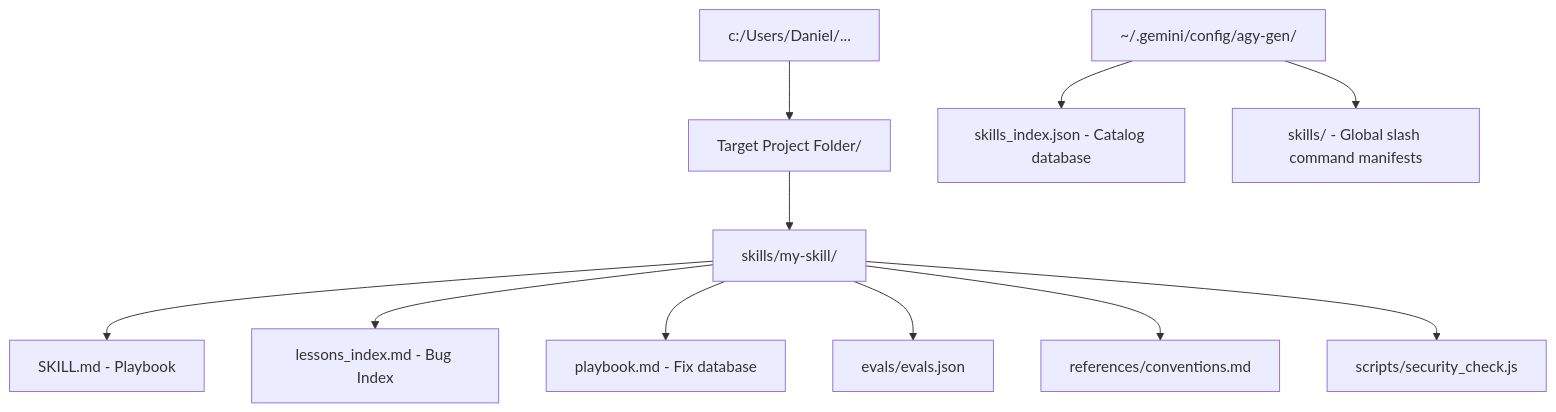
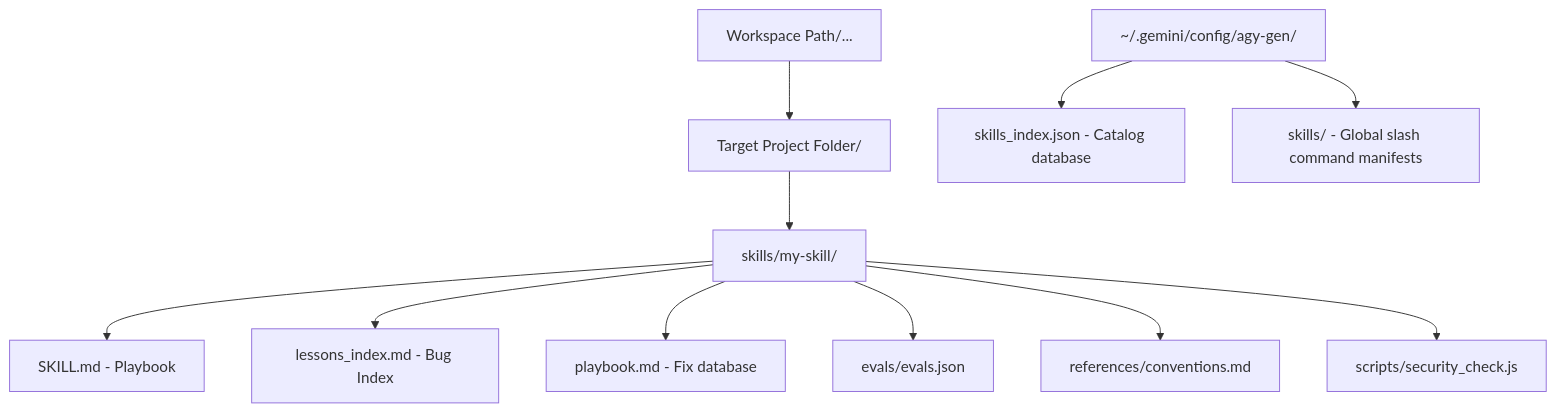
Before and after one commit to Danny0821/skills-training: the first of 2 diagrams in Agy-gen-documentation.md, drawn with Mermaid.

Commit message:
docs: make home directory path generic in mermaid diagram

````diff
--- a/Agy-gen-documentation.md
+++ b/Agy-gen-documentation.md
@@ -13,14 +13,14 @@
 ```mermaid
 graph TD
-    UserApp[c:/Users/Daniel/...] --> LocalWorkspace[Target Project Folder/]
+    UserApp[Workspace Path/...] --> LocalWorkspace[Target Project Folder/]
     LocalWorkspace --> LocalSkill[skills/my-skill/]
     LocalSkill --> SKILL_MD[SKILL.md - Playbook]
     LocalSkill --> AL_Index[lessons_index.md - Bug Index]
     LocalSkill --> AL_Play[playbook.md - Fix database]
     LocalSkill --> LocalEvals[evals/evals.json]
     LocalSkill --> LocalRefs[references/conventions.md]
     LocalSkill --> LocalScripts[scripts/security_check.js]
 
     GlobalConfig[~/.gemini/config/agy-gen/] --> GlobalIndex[skills_index.json - Catalog database]
     GlobalConfig --> GlobalSkills[skills/ - Global slash command manifests]
 ```
````
